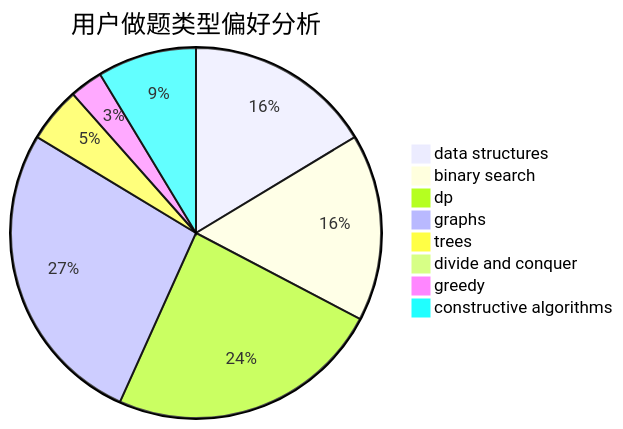
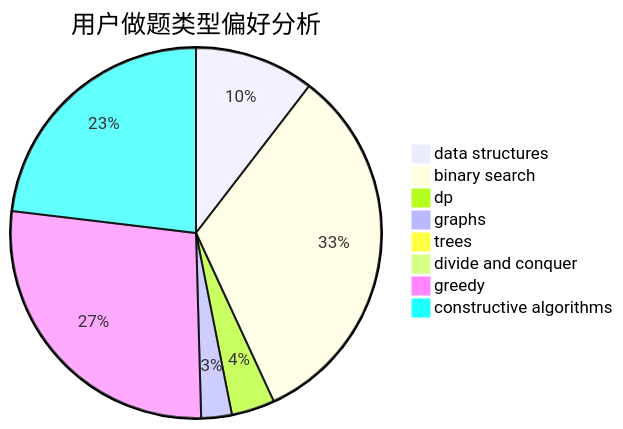
Before and after one commit to sherpahu/cfrs.github.io: the second of 3 diagrams in docs/user/u260.md, drawn with Mermaid. The commit also changed other lines of this file and 2770 other files, not shown here.

````diff
--- a/docs/user/u260.md
+++ b/docs/user/u260.md
@@ -23,11 +23,11 @@
 ```mermaid
 pie title 用户做题类型偏好分析
-    "data structures" :  17
-    "binary search" :  17
-    "dp" :  25
-    "graphs" :  28
-    "trees" :  5
+    "data structures" :  47
+    "binary search" :  147
+    "dp" :  17
+    "graphs" :  12
+    "trees" :  0
     "divide and conquer" :  0
-    "greedy" :  3
-    "constructive algorithms" :  9
+    "greedy" :  123
+    "constructive algorithms" :  104
 ```
````
